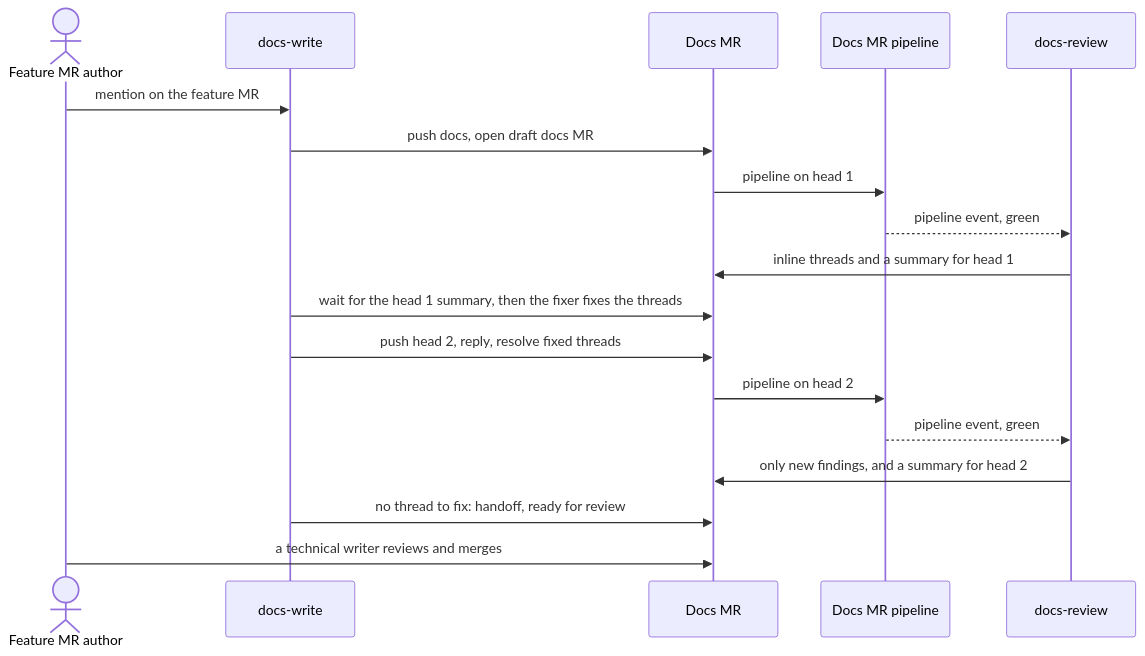
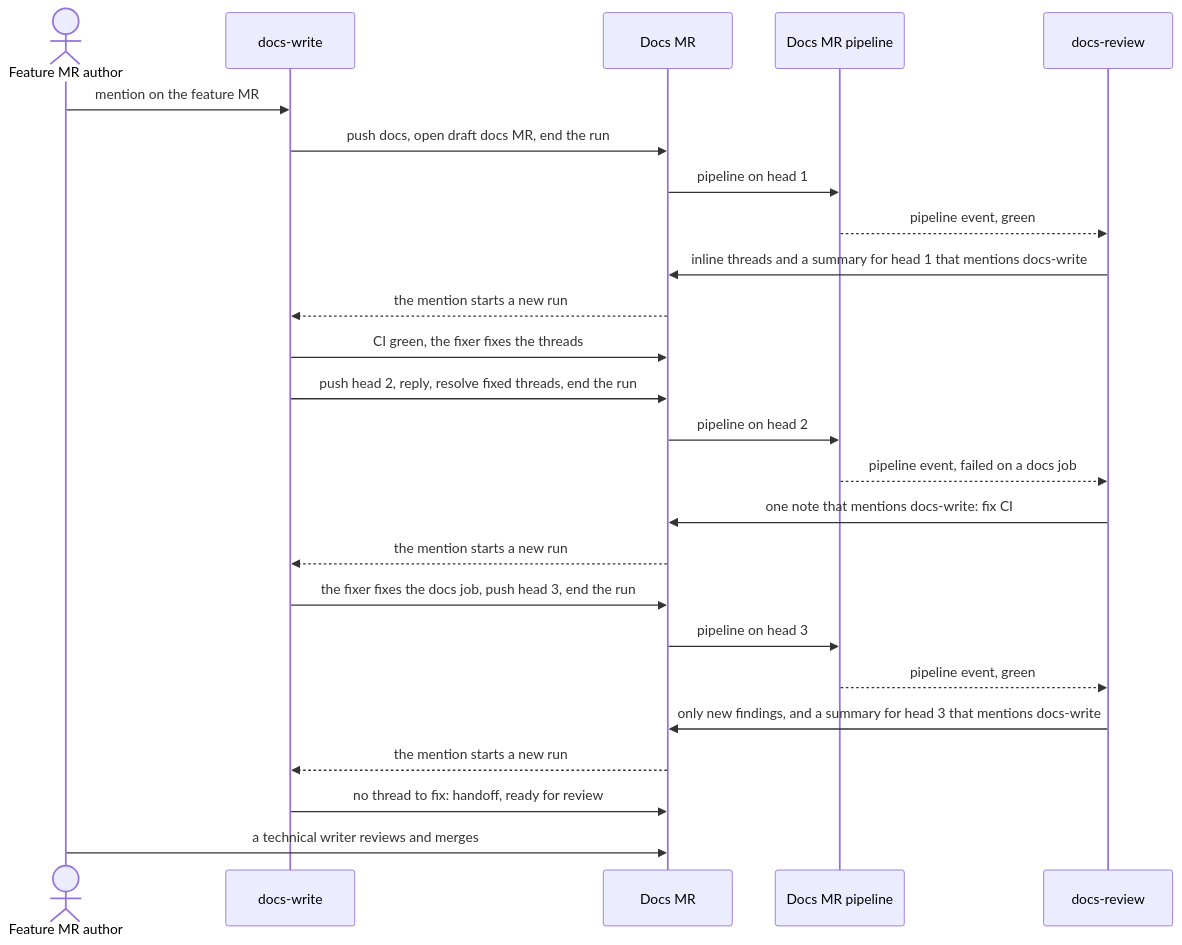
The third of 3 diagrams in .gitlab/duo/catalog/flows/README.md (gitlabhq/orbit-knowledge-graph), drawn with Mermaid before and after one commit. The commit also changed other lines of this file and 2 other files, not shown here.

First line of the commit message:
feat(duo): chain docs-write and docs-review runs by event

````diff
--- a/.gitlab/duo/catalog/flows/README.md
+++ b/.gitlab/duo/catalog/flows/README.md
@@ -141,20 +159,27 @@
 ```mermaid
 sequenceDiagram
   actor Dev as Feature MR author
   participant W as docs-write
   participant D as Docs MR
   participant CI as Docs MR pipeline
   participant R as docs-review
   Dev->>W: mention on the feature MR
-  W->>D: push docs, open draft docs MR
+  W->>D: push docs, open draft docs MR, end the run
   D->>CI: pipeline on head 1
   CI-->>R: pipeline event, green
-  R->>D: inline threads and a summary for head 1
-  W->>D: wait for the head 1 summary, then the fixer fixes the threads
-  W->>D: push head 2, reply, resolve fixed threads
+  R->>D: inline threads and a summary for head 1 that mentions docs-write
+  D-->>W: the mention starts a new run
+  W->>D: CI green, the fixer fixes the threads
+  W->>D: push head 2, reply, resolve fixed threads, end the run
   D->>CI: pipeline on head 2
+  CI-->>R: pipeline event, failed on a docs job
+  R->>D: one note that mentions docs-write: fix CI
+  D-->>W: the mention starts a new run
+  W->>D: the fixer fixes the docs job, push head 3, end the run
+  D->>CI: pipeline on head 3
   CI-->>R: pipeline event, green
-  R->>D: only new findings, and a summary for head 2
+  R->>D: only new findings, and a summary for head 3 that mentions docs-write
+  D-->>W: the mention starts a new run
   W->>D: no thread to fix: handoff, ready for review
   Dev->>D: a technical writer reviews and merges
 ```
````
